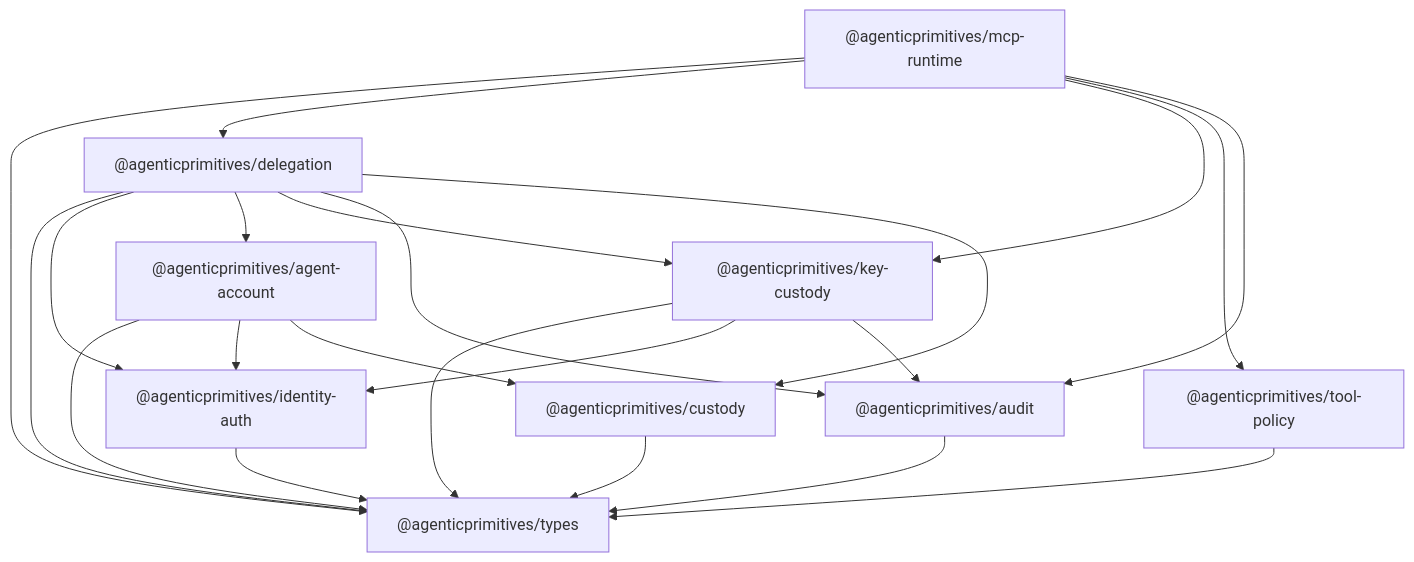
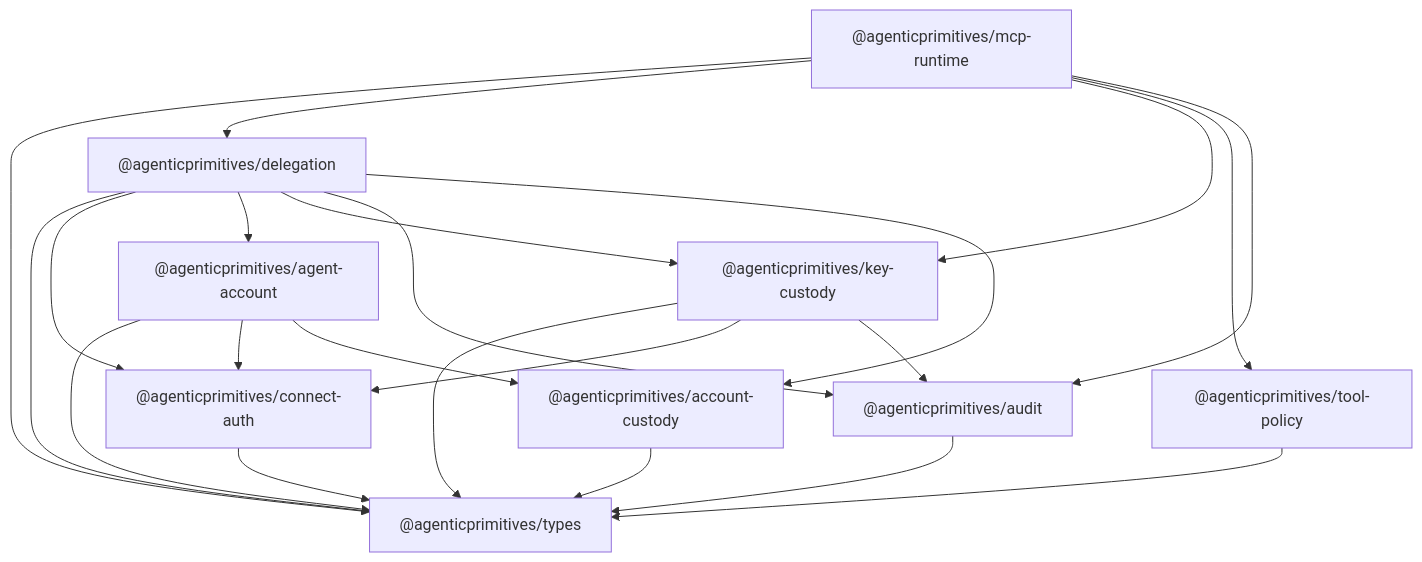
One commit to rpedersen3/agenticprimitives-6-17-26 changed the first of 5 diagrams in docs/audits/architecture-diagram.md. Above: the diagram before and after it, drawn with Mermaid. The commit also changed 200 other files, not shown here.

First line of the commit message:
rename packages: identity-auth→connect-auth, agent-identity→agent-profile, custody→account-custody

````diff
--- a/docs/audits/architecture-diagram.md
+++ b/docs/audits/architecture-diagram.md
@@ -19,40 +19,40 @@
 ```mermaid
 graph TD
   types["@agenticprimitives/types"]
-  identityAuth["@agenticprimitives/identity-auth"]
+  identityAuth["@agenticprimitives/connect-auth"]
   keyCustody["@agenticprimitives/key-custody"]
-  custody["@agenticprimitives/custody"]
+  custody["@agenticprimitives/account-custody"]
   agentAccount["@agenticprimitives/agent-account"]
   delegation["@agenticprimitives/delegation"]
   toolPolicy["@agenticprimitives/tool-policy"]
   mcpRuntime["@agenticprimitives/mcp-runtime"]
   audit["@agenticprimitives/audit"]
 
   identityAuth --> types
   agentAccount --> types
   agentAccount --> identityAuth
   agentAccount --> custody
 
   keyCustody --> types
   keyCustody --> identityAuth
   keyCustody --> audit
 
   delegation --> types
   delegation --> identityAuth
   delegation --> agentAccount
   delegation --> keyCustody
   delegation --> audit
   delegation --> custody
 
   toolPolicy --> types
 
   mcpRuntime --> types
   mcpRuntime --> delegation
   mcpRuntime --> keyCustody
   mcpRuntime --> toolPolicy
   mcpRuntime --> audit
 
   custody --> types
 
   audit --> types
 ```
````
